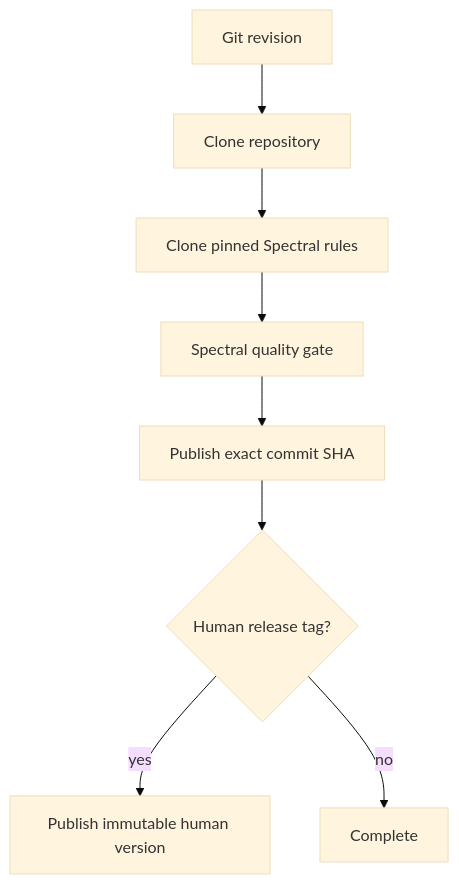
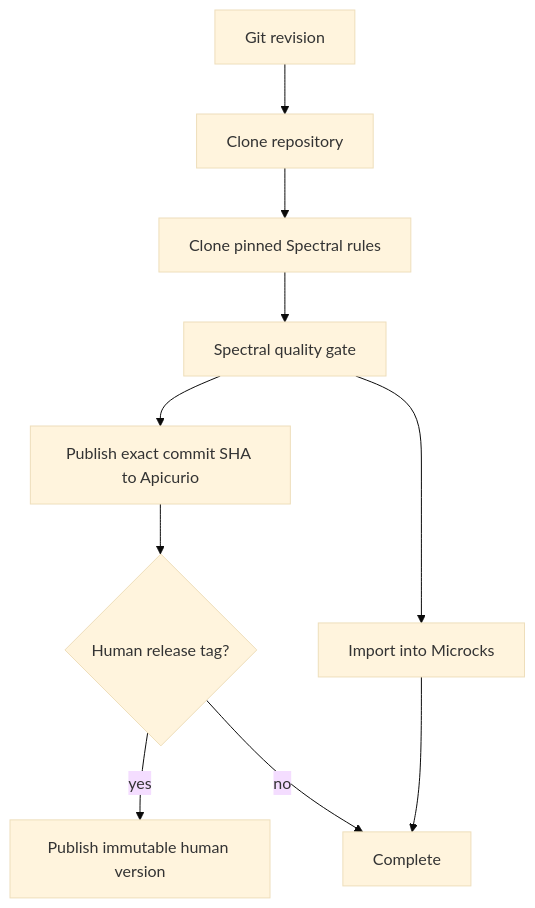
The diagram in charts/api/openapi/README.md (contract-first-idp-test/developer-charts), drawn with Mermaid (base theme) before and after one commit. The commit also changed other lines of this file and 45 other files, not shown here.

````diff
--- a/charts/api/openapi/README.md
+++ b/charts/api/openapi/README.md
@@ -8,13 +8,15 @@
 ```mermaid
 flowchart TD
     accTitle: API publication Pipeline
     accDescr: The Pipeline clones and validates a Git revision, publishes its exact commit SHA, and optionally publishes a human release version.
     revision[Git revision] --> clone[Clone repository]
     clone --> rules[Clone pinned Spectral rules]
     rules --> spectral[Spectral quality gate]
-    spectral --> sha[Publish exact commit SHA]
+    spectral --> sha[Publish exact commit SHA to Apicurio]
+    spectral --> microcks[Import into Microcks]
     tag{Human release tag?}
     sha --> tag
     tag -->|yes| release[Publish immutable human version]
     tag -->|no| complete[Complete]
+    microcks --> complete
 ```
````
